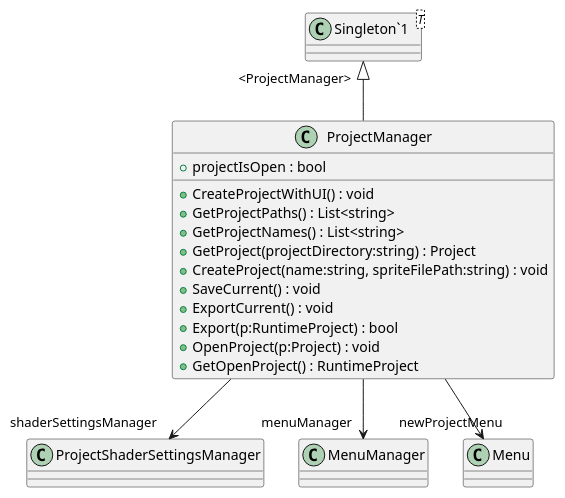
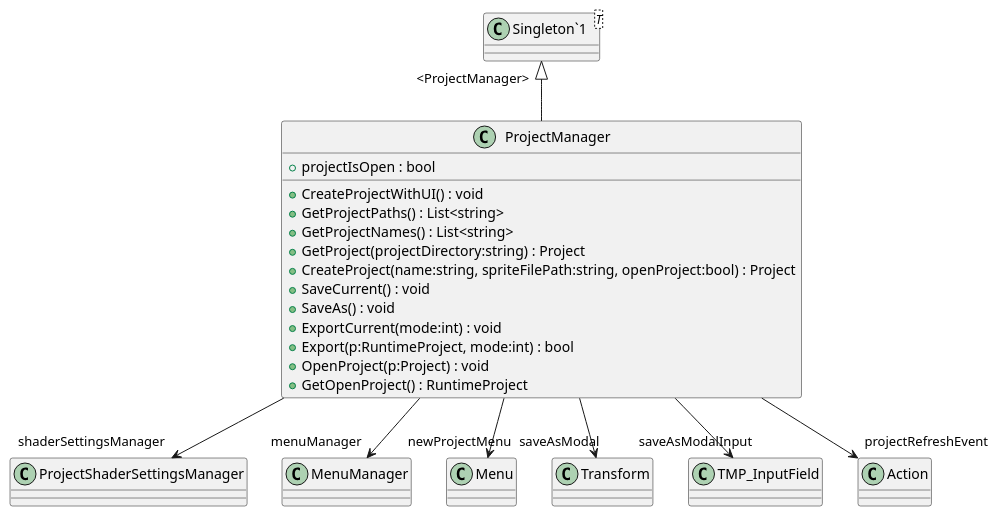
One commit to streepje8/ToolDev2023 changed the diagram in UML/ProjectSystem/ProjectManager.puml. Above: the diagram before and after it, drawn with PlantUML. The commit also changed 5 other files, not shown here.

Commit message:
Generate UML (Generate UML)

```diff
--- a/UML/ProjectSystem/ProjectManager.puml
+++ b/UML/ProjectSystem/ProjectManager.puml
@@ -1,21 +1,25 @@
 @startuml
 class ProjectManager {
     + projectIsOpen : bool
     + CreateProjectWithUI() : void
     + GetProjectPaths() : List<string>
     + GetProjectNames() : List<string>
     + GetProject(projectDirectory:string) : Project
-    + CreateProject(name:string, spriteFilePath:string) : void
+    + CreateProject(name:string, spriteFilePath:string, openProject:bool) : Project
     + SaveCurrent() : void
-    + ExportCurrent() : void
-    + Export(p:RuntimeProject) : bool
+    + SaveAs() : void
+    + ExportCurrent(mode:int) : void
+    + Export(p:RuntimeProject, mode:int) : bool
     + OpenProject(p:Project) : void
     + GetOpenProject() : RuntimeProject
 }
 class "Singleton`1"<T> {
 }
 "Singleton`1" "<ProjectManager>" <|-- ProjectManager
 ProjectManager --> "shaderSettingsManager" ProjectShaderSettingsManager
 ProjectManager --> "menuManager" MenuManager
 ProjectManager --> "newProjectMenu" Menu
+ProjectManager --> "saveAsModal" Transform
+ProjectManager --> "saveAsModalInput" TMP_InputField
+ProjectManager --> "projectRefreshEvent" Action
 @enduml
```
